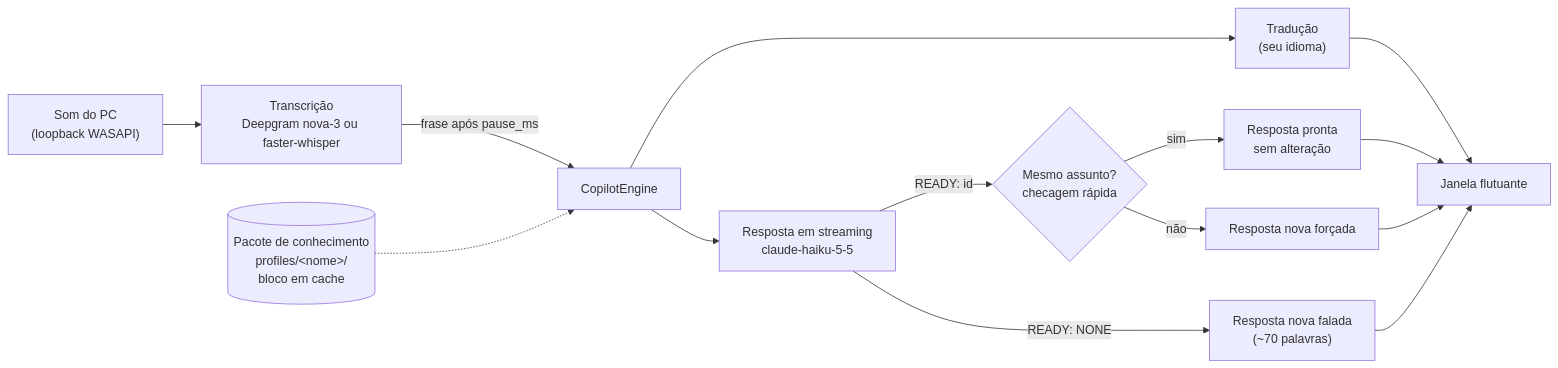
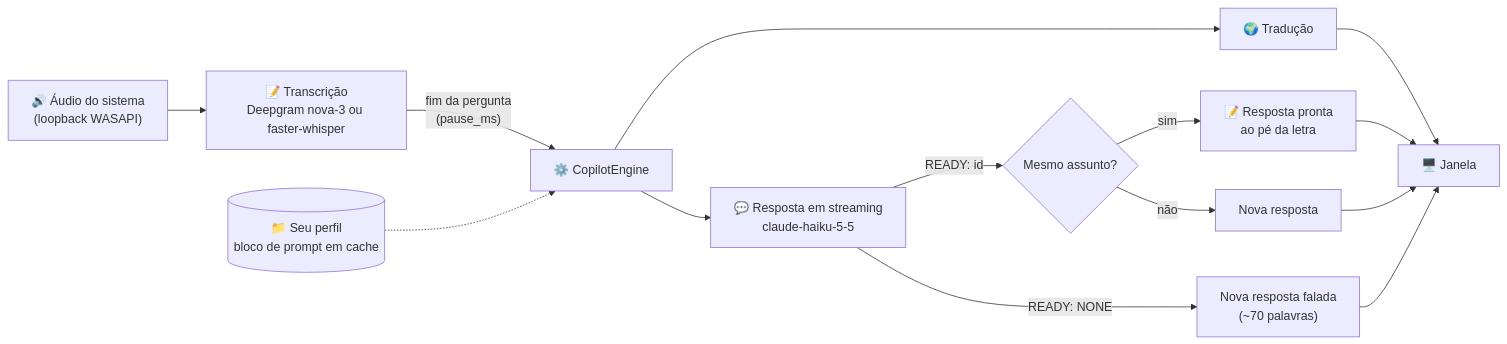
One commit to mateusmirandaia/interview-copilot changed the diagram in README.pt-BR.md. Above: the diagram before and after it, drawn with Mermaid. The commit also changed other lines of this file and 3 other files, not shown here.

````diff
--- a/README.pt-BR.md
+++ b/README.pt-BR.md
@@ -30,16 +112,16 @@
 ```mermaid
 flowchart LR
-    A["Som do PC<br/>(loopback WASAPI)"] --> B["Transcrição<br/>Deepgram nova-3 ou faster-whisper"]
-    B -->|"frase após pause_ms"| C["CopilotEngine"]
-    K[("Pacote de conhecimento<br/>profiles/&lt;nome&gt;/<br/>bloco em cache")] -.-> C
-    C --> T["Tradução<br/>(seu idioma)"]
-    C --> S["Resposta em streaming<br/>claude-haiku-5-5"]
-    S -->|"READY: id"| R{"Mesmo assunto?<br/>checagem rápida"}
-    R -->|sim| V["Resposta pronta<br/>sem alteração"]
-    R -->|não| G["Resposta nova forçada"]
-    S -->|"READY: NONE"| N["Resposta nova falada<br/>(~70 palavras)"]
-    T --> O["Janela flutuante"]
+    A["🔊 Áudio do sistema<br/>(loopback WASAPI)"] --> B["📝 Transcrição<br/>Deepgram nova-3 ou faster-whisper"]
+    B -->|"fim da pergunta<br/>(pause_ms)"| C["⚙️ CopilotEngine"]
+    K[("📁 Seu perfil<br/>bloco de prompt em cache")] -.-> C
+    C --> T["🌍 Tradução"]
+    C --> S["💬 Resposta em streaming<br/>claude-haiku-5-5"]
+    S -->|"READY: id"| R{"Mesmo assunto?"}
+    R -->|sim| V["📝 Resposta pronta<br/>ao pé da letra"]
+    R -->|não| G["Nova resposta"]
+    S -->|"READY: NONE"| N["Nova resposta falada<br/>(~70 palavras)"]
+    T --> O["🖥️ Janela"]
     V --> O
     G --> O
     N --> O
 ```
````
